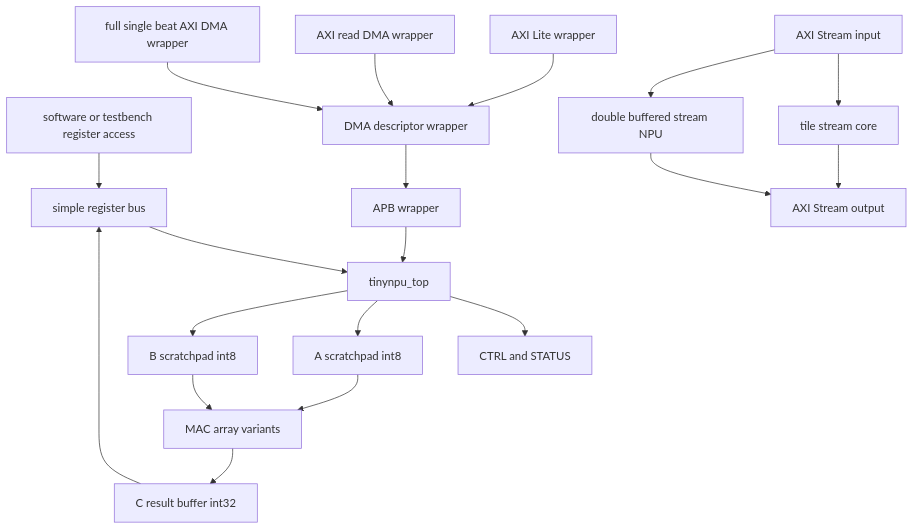
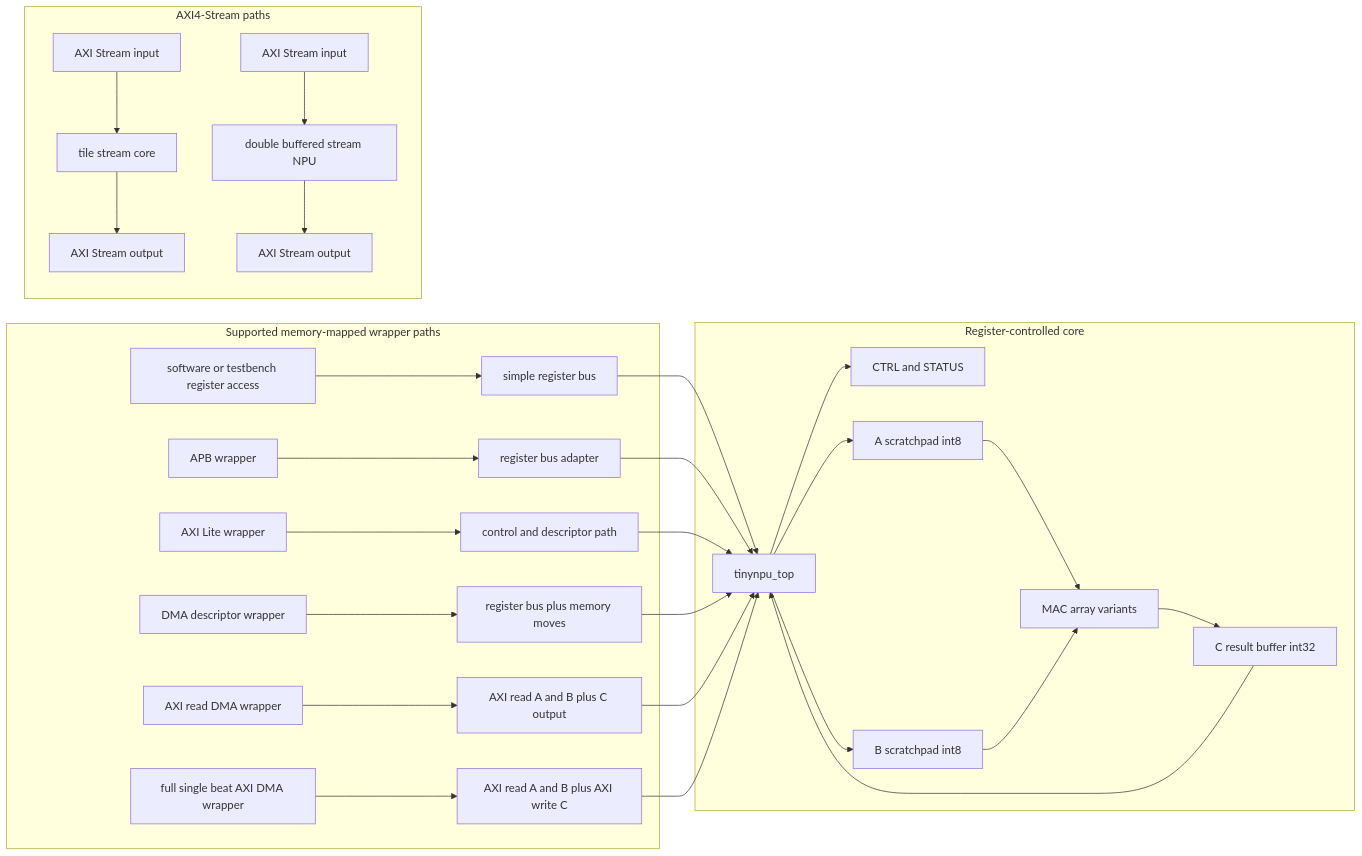
One commit to advaitParanjpe/tinyNPU changed the first of 2 diagrams in README.md. Above: the diagram before and after it, drawn with Mermaid.

Commit message:
Fix tinyNPU architecture diagram

````diff
--- a/README.md
+++ b/README.md
@@ -27,23 +27,41 @@
 ```mermaid
-flowchart TD
-  SW["software or testbench register access"] --> BUS["simple register bus"]
-  BUS --> TOP["tinynpu_top"]
-  TOP --> CTRL["CTRL and STATUS"]
-  TOP --> A["A scratchpad int8"]
-  TOP --> B["B scratchpad int8"]
-  A --> MAC["MAC array variants"]
-  B --> MAC
-  MAC --> C["C result buffer int32"]
-  C --> BUS
+flowchart LR
+  subgraph Core["Register-controlled core"]
+    TOP["tinynpu_top"]
+    CTRL["CTRL and STATUS"]
+    A["A scratchpad int8"]
+    B["B scratchpad int8"]
+    MAC["MAC array variants"]
+    C["C result buffer int32"]
+    TOP --> CTRL
+    TOP --> A
+    TOP --> B
+    A --> MAC
+    B --> MAC
+    MAC --> C
+    C --> TOP
+  end
 
-  APB["APB wrapper"] --> TOP
-  AXIL["AXI Lite wrapper"] --> DESC["DMA descriptor wrapper"]
-  DESC --> APB
-  AXIRD["AXI read DMA wrapper"] --> DESC
-  AXIDMA["full single beat AXI DMA wrapper"] --> DESC
+  subgraph Wrappers["Supported memory-mapped wrapper paths"]
+    SW["software or testbench register access"] --> BUS["simple register bus"]
+    APB["APB wrapper"] --> APBBUS["register bus adapter"]
+    AXIL["AXI Lite wrapper"] --> AXICTL["control and descriptor path"]
+    DESC["DMA descriptor wrapper"] --> DMABUS["register bus plus memory moves"]
+    AXIRD["AXI read DMA wrapper"] --> AXIRDIO["AXI read A and B plus C output"]
+    AXIDMA["full single beat AXI DMA wrapper"] --> AXIDMAIO["AXI read A and B plus AXI write C"]
+  end
 
-  SIN["AXI Stream input"] --> TILE["tile stream core"]
-  TILE --> SOUT["AXI Stream output"]
-  SIN --> SNPU["double buffered stream NPU"]
-  SNPU --> SOUT
+  BUS --> TOP
+  APBBUS --> TOP
+  AXICTL --> TOP
+  DMABUS --> TOP
+  AXIRDIO --> TOP
+  AXIDMAIO --> TOP
+
+  subgraph Streaming["AXI4-Stream paths"]
+    SIN0["AXI Stream input"] --> TILE["tile stream core"]
+    TILE --> SOUT0["AXI Stream output"]
+    SIN1["AXI Stream input"] --> SNPU["double buffered stream NPU"]
+    SNPU --> SOUT1["AXI Stream output"]
+  end
 ```
````
